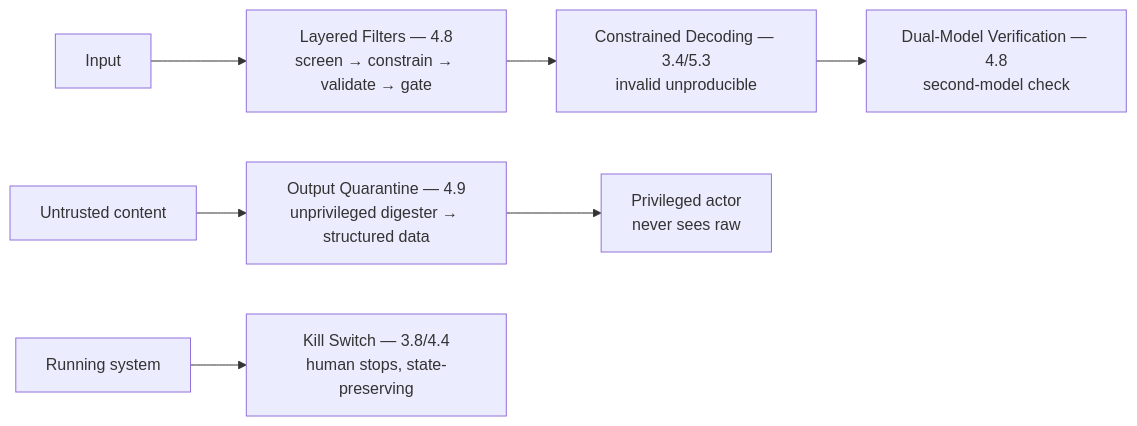
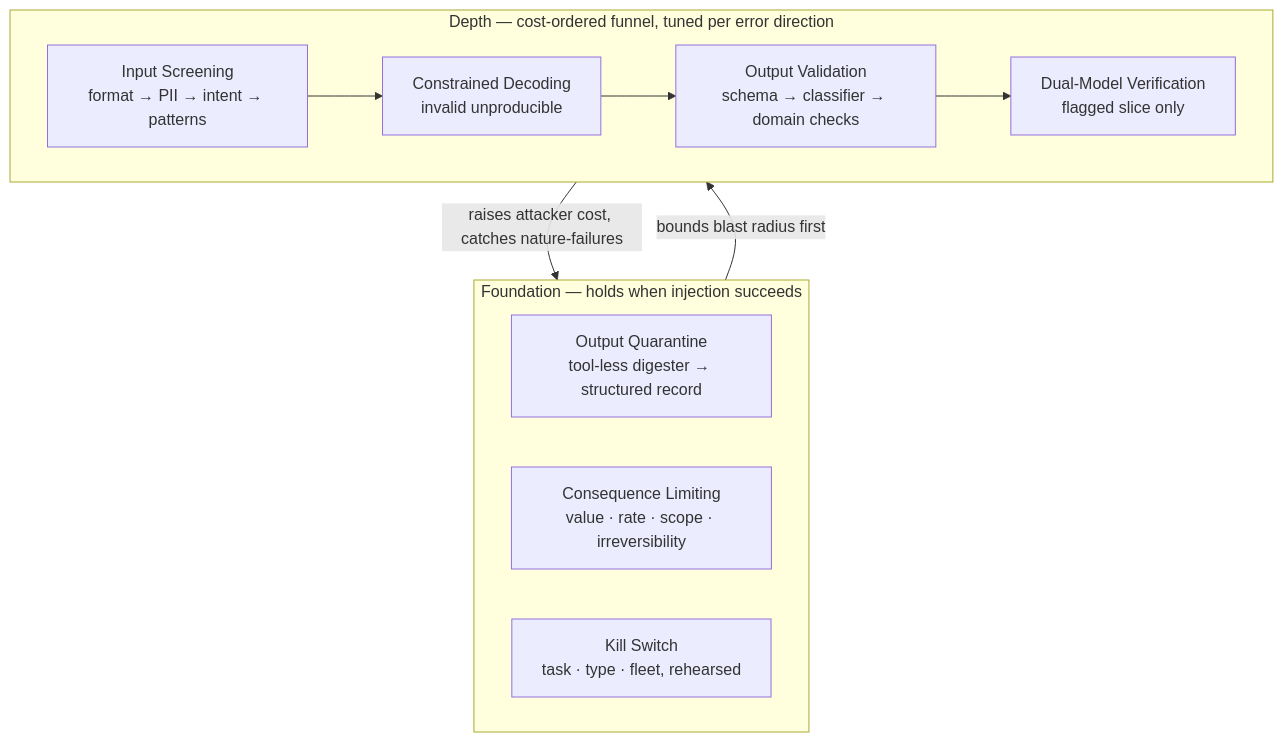
One commit to sivakrushna-works/GSAC changed the diagram in curriculum/part-7-enterprise-ai-architecture-patterns/chapter-06-safety-guardrail-patterns.md. Above: the diagram before and after it, drawn with Mermaid. The commit also changed other lines of this file and 11 other files, not shown here.

````diff
--- a/curriculum/part-7-enterprise-ai-architecture-patterns/chapter-06-safety-guardrail-patterns.md
+++ b/curriculum/part-7-enterprise-ai-architecture-patterns/chapter-06-safety-guardrail-patterns.md
@@ -89,9 +126,17 @@
 ```mermaid
-flowchart LR
-    INPUT[Input] --> FILTERS[Layered Filters — 4.8<br/>screen → constrain → validate → gate]
-    FILTERS --> DECODE[Constrained Decoding — 3.4/5.3<br/>invalid unproducible]
-    DECODE --> VERIFY[Dual-Model Verification — 4.8<br/>second-model check]
-    UNTRUSTED[Untrusted content] --> QUARANTINE[Output Quarantine — 4.9<br/>unprivileged digester → structured data]
-    QUARANTINE --> PRIVILEGED[Privileged actor<br/>never sees raw]
-    RUNNING[Running system] --> KILL[Kill Switch — 3.8/4.4<br/>human stops, state-preserving]
+flowchart TB
+    subgraph ARCH [Foundation — holds when injection succeeds]
+        QUAR[Output Quarantine<br/>tool-less digester → structured record]
+        LIM[Consequence Limiting<br/>value · rate · scope · irreversibility]
+        KILL[Kill Switch<br/>task · type · fleet, rehearsed]
+    end
+    subgraph DET [Depth — cost-ordered funnel, tuned per error direction]
+        IN[Input Screening<br/>format → PII → intent → patterns]
+        CD[Constrained Decoding<br/>invalid unproducible]
+        OV[Output Validation<br/>schema → classifier → domain checks]
+        DV[Dual-Model Verification<br/>flagged slice only]
+    end
+    IN --> CD --> OV --> DV
+    ARCH -->|bounds blast radius first| DET
+    DET -->|raises attacker cost, catches nature-failures| ARCH
 ```
````
